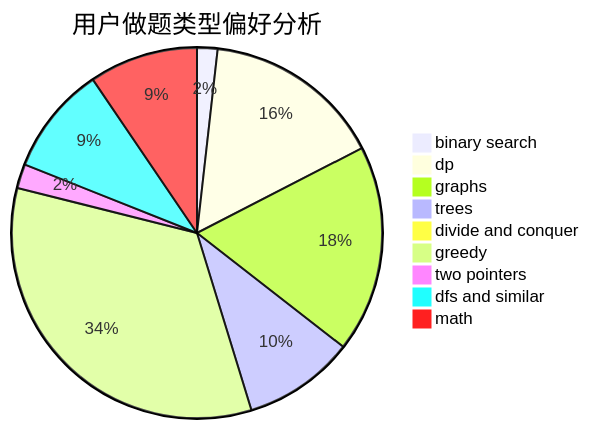
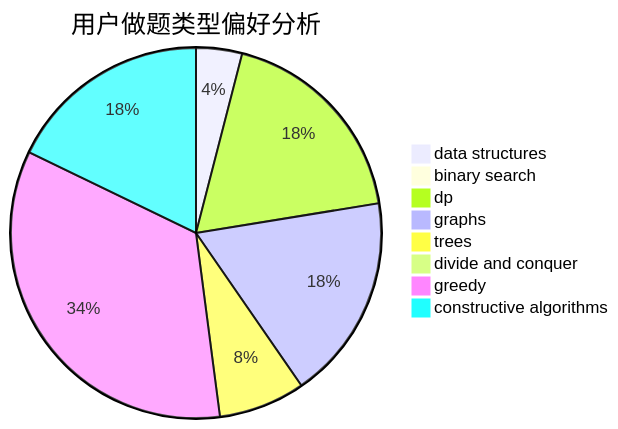
One commit to sherpahu/cfrs.github.io changed the second of 3 diagrams in docs/user/u558.md. Above: the diagram before and after it, drawn with Mermaid. The commit also changed other lines of this file and 2775 other files, not shown here.

````diff
--- a/docs/user/u558.md
+++ b/docs/user/u558.md
@@ -23,12 +23,11 @@
 ```mermaid
 pie title 用户做题类型偏好分析
-    "binary search" :  22
-    "dp" :  193
-    "graphs" :  223
-    "trees" :  120
+    "data structures" :  34
+    "binary search" :  0
+    "dp" :  156
+    "graphs" :  152
+    "trees" :  64
     "divide and conquer" :  0
-    "greedy" :  415
-    "two pointers" :  26
-    "dfs and similar" :  117
-    "math" :  117
+    "greedy" :  290
+    "constructive algorithms" :  151
 ```
````
